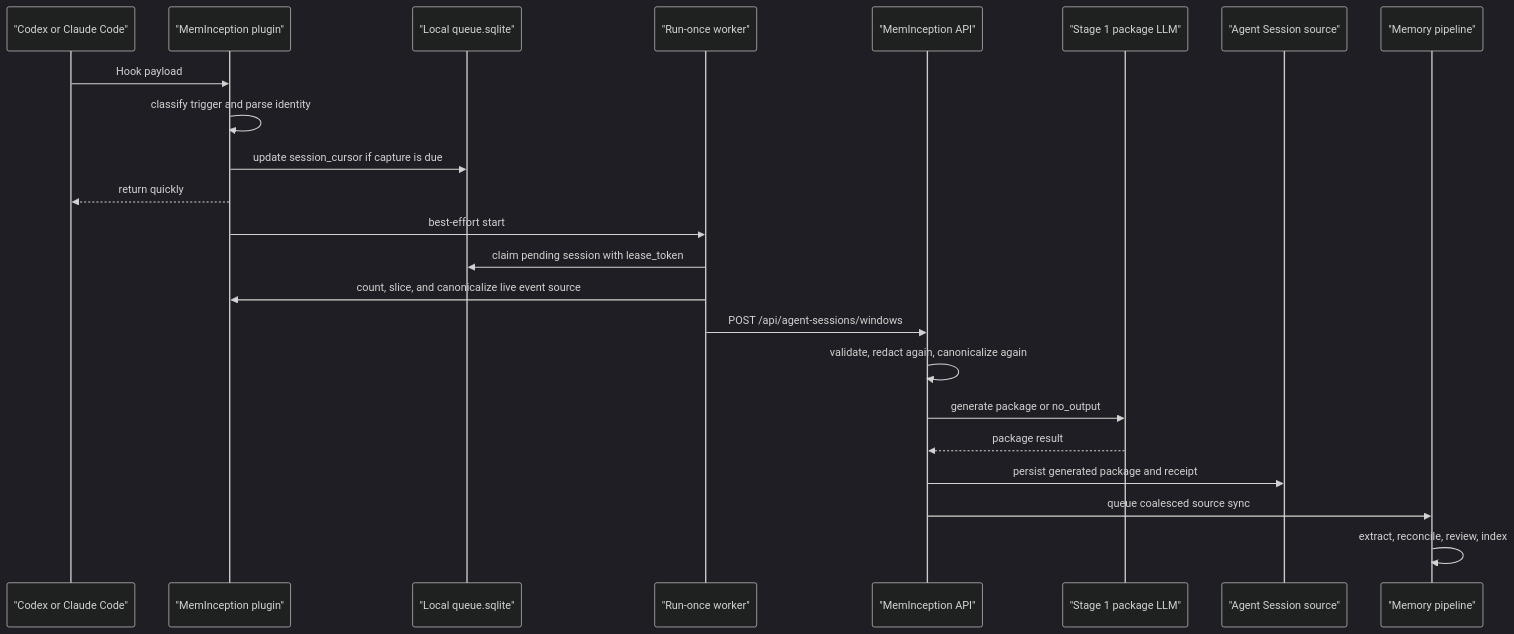
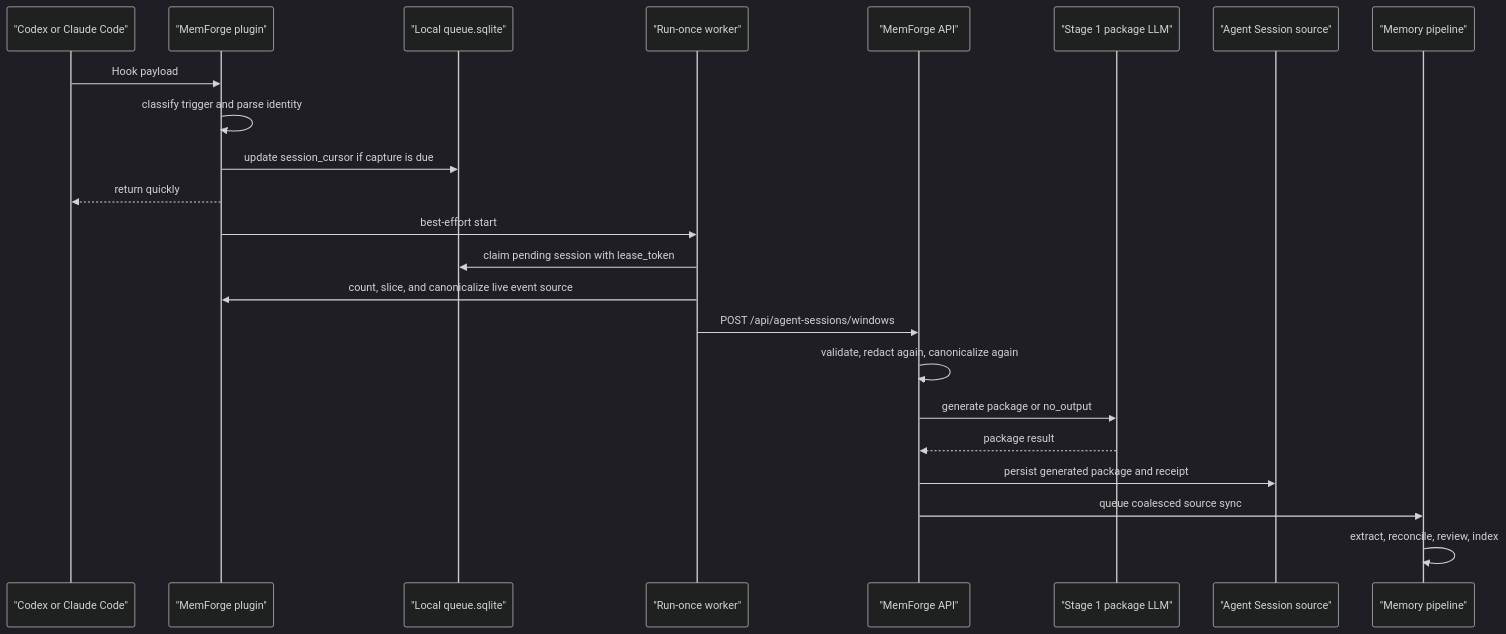
The diagram in docs/design/agent-session-saas-plugin-flow.md (shno-labs/mem-forge), drawn with Mermaid (dark theme) before and after one commit. The commit also changed other lines of this file and 191 other files, not shown here.

Commit message:
chore: rename project to MemForge

````diff
--- a/docs/design/agent-session-saas-plugin-flow.md
+++ b/docs/design/agent-session-saas-plugin-flow.md
@@ -43,26 +43,26 @@
 ```mermaid
 sequenceDiagram
   participant Tool as "Codex or Claude Code"
-  participant Plugin as "MemInception plugin"
+  participant Plugin as "MemForge plugin"
   participant Queue as "Local queue.sqlite"
   participant Worker as "Run-once worker"
-  participant API as "MemInception API"
+  participant API as "MemForge API"
   participant LLM as "Stage 1 package LLM"
   participant Source as "Agent Session source"
   participant Pipeline as "Memory pipeline"
 
   Tool->>Plugin: Hook payload
   Plugin->>Plugin: classify trigger and parse identity
   Plugin->>Queue: update session_cursor if capture is due
   Plugin-->>Tool: return quickly
   Plugin->>Worker: best-effort start
   Worker->>Queue: claim pending session with lease_token
   Worker->>Plugin: count, slice, and canonicalize live event source
   Worker->>API: POST /api/agent-sessions/windows
   API->>API: validate, redact again, canonicalize again
   API->>LLM: generate package or no_output
   LLM-->>API: package result
   API->>Source: persist generated package and receipt
   API->>Pipeline: queue coalesced source sync
   Pipeline->>Pipeline: extract, reconcile, review, index
 ```
````
